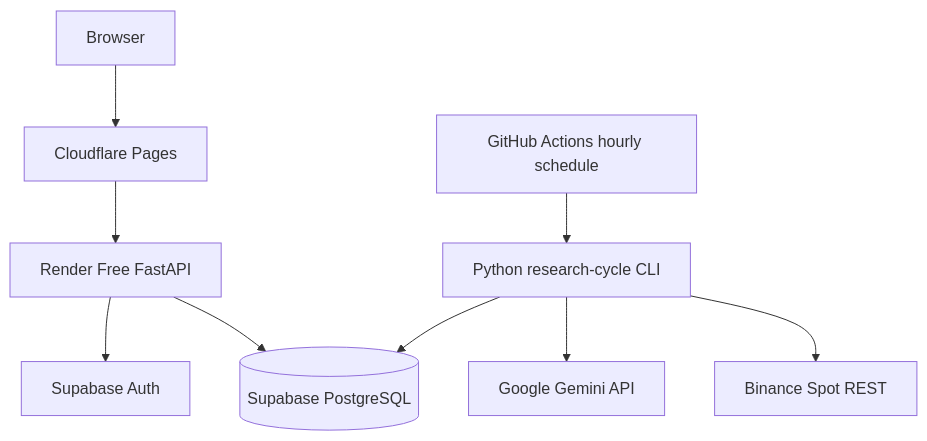
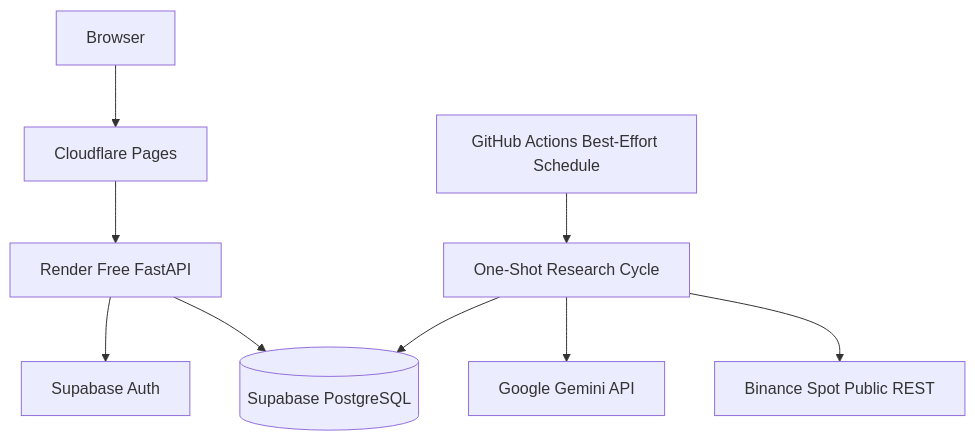
Before and after one commit to pikkst/Ai-trade-bot: the diagram in docs/FREE_CLOUD_ARCHITECTURE.md, drawn with Mermaid. The commit also changed other lines of this file, not shown here.

Commit message:
docs: map free-cloud architecture to M028 and M029

````diff
--- a/docs/FREE_CLOUD_ARCHITECTURE.md
+++ b/docs/FREE_CLOUD_ARCHITECTURE.md
@@ -41,12 +74,12 @@
 ```mermaid
 flowchart TD
     USER[Browser] --> CF[Cloudflare Pages]
     CF --> API[Render Free FastAPI]
     API --> SB[(Supabase PostgreSQL)]
     API --> AUTH[Supabase Auth]
 
-    GH[GitHub Actions hourly schedule] --> CLI[Python research-cycle CLI]
-    CLI --> BIN[Binance Spot REST]
+    GH[GitHub Actions Best-Effort Schedule] --> CLI[One-Shot Research Cycle]
+    CLI --> BIN[Binance Spot Public REST]
     CLI --> GEM[Google Gemini API]
     CLI --> SB
 ```
````
